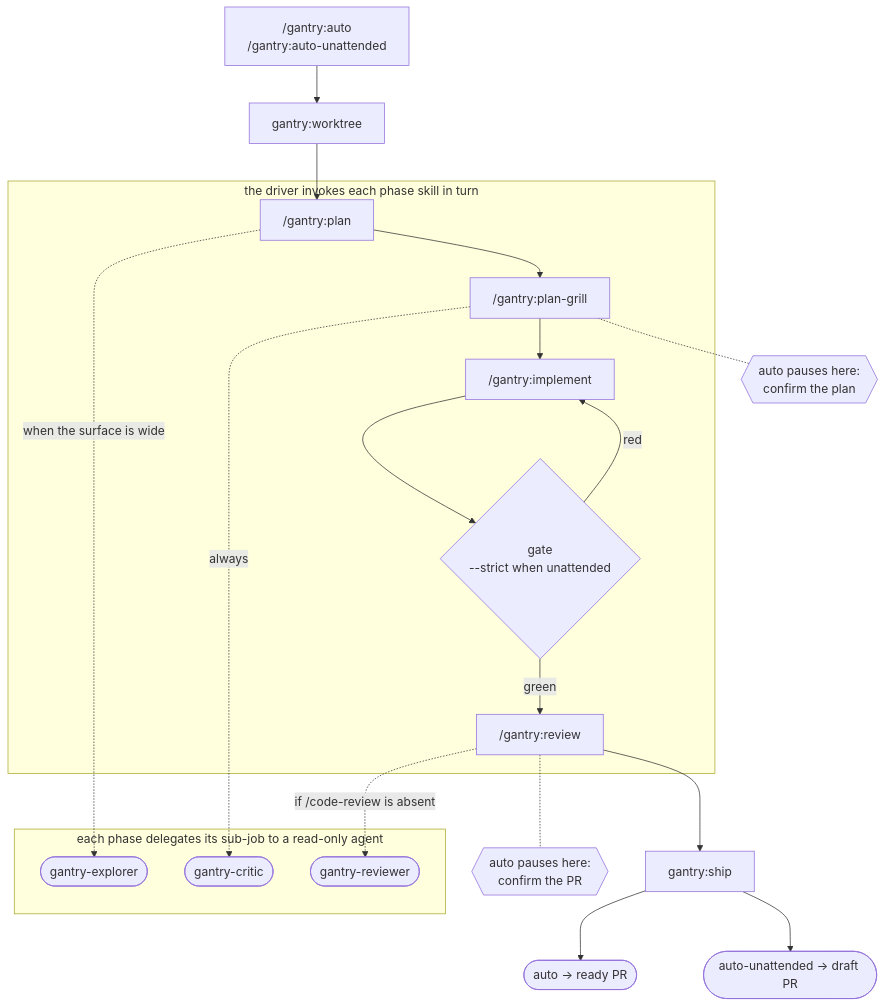
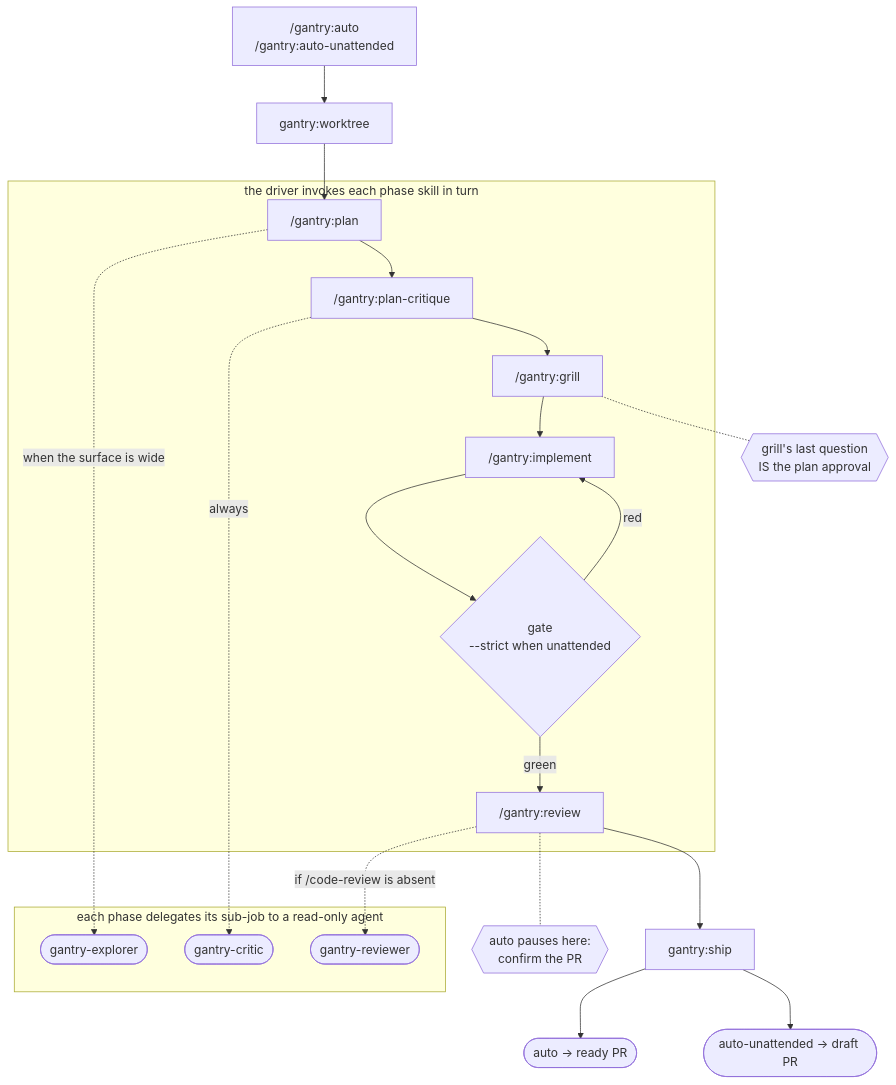
The second of 3 diagrams in docs/ARCHITECTURE.md (kostya-epifanov/claude-gantry), drawn with Mermaid before and after one commit. The commit also changed other lines of this file and 26 other files, not shown here.

````diff
--- a/docs/ARCHITECTURE.md
+++ b/docs/ARCHITECTURE.md
@@ -134,25 +137,25 @@
 ```mermaid
 flowchart TD
   E["/gantry:auto<br/>/gantry:auto-unattended"] --> W["gantry:worktree"]
   subgraph D ["the driver invokes each phase skill in turn"]
-    P["/gantry:plan"] --> G["/gantry:plan-grill"]
+    P["/gantry:plan"] --> PC["/gantry:plan-critique"] --> G["/gantry:grill"]
     G --> I["/gantry:implement"]
     I --> GATE{"gate<br/>--strict when unattended"}
     GATE -- "red" --> I
     GATE -- "green" --> R["/gantry:review"]
   end
   subgraph AG ["each phase delegates its sub-job to a read-only agent"]
     EX(["gantry-explorer"])
     C(["gantry-critic"])
     RV(["gantry-reviewer"])
   end
   P -. "when the surface is wide" .-> EX
-  G -. "always" .-> C
+  PC -. "always" .-> C
   R -. "if /code-review is absent" .-> RV
   W --> P
-  G -.- K1{{"auto pauses here:<br/>confirm the plan"}}
+  G -.- K1{{"grill's last question<br/>IS the plan approval"}}
   R -.- K2{{"auto pauses here:<br/>confirm the PR"}}
   R --> S["gantry:ship"]
   S --> A(["auto → ready PR"])
   S --> U(["auto-unattended → draft PR"])
 ```
````
